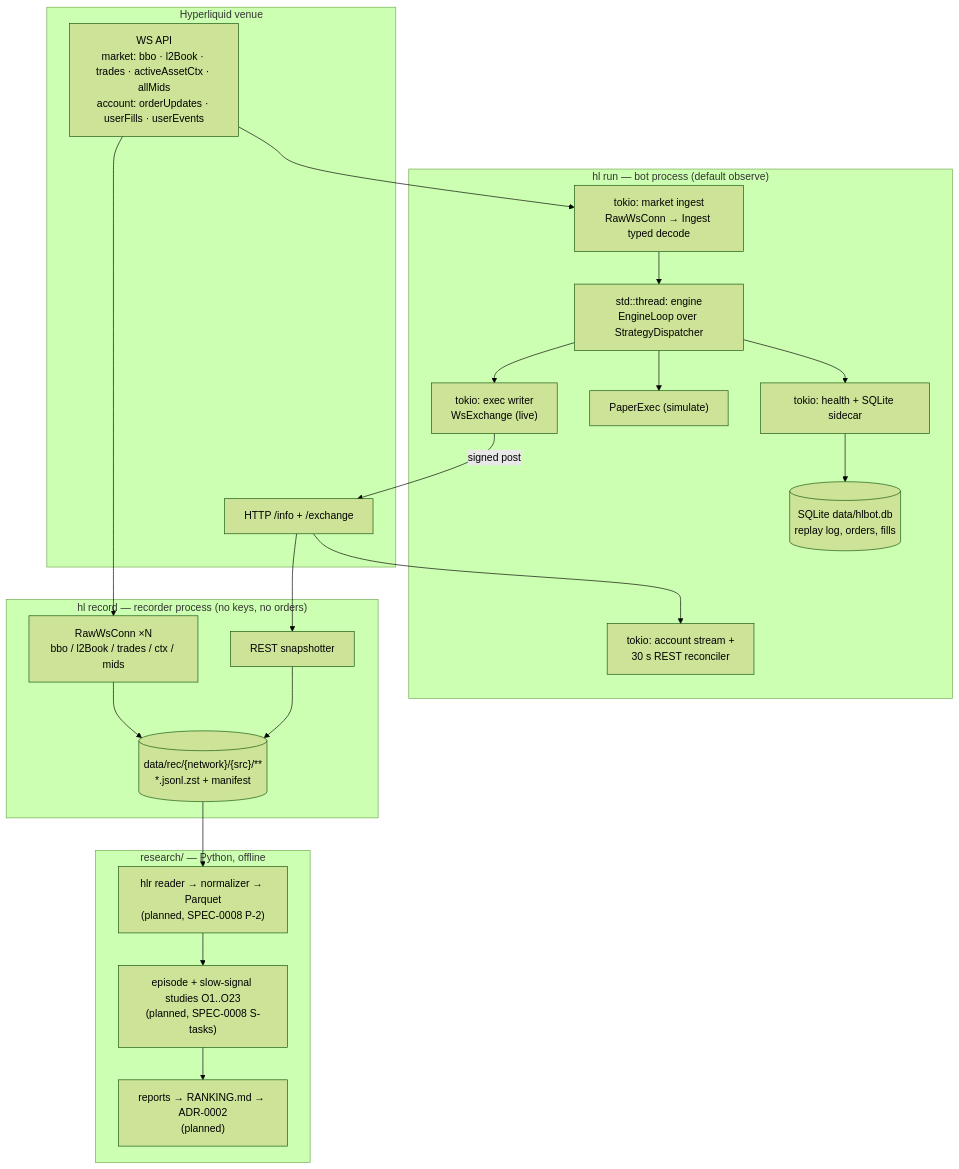
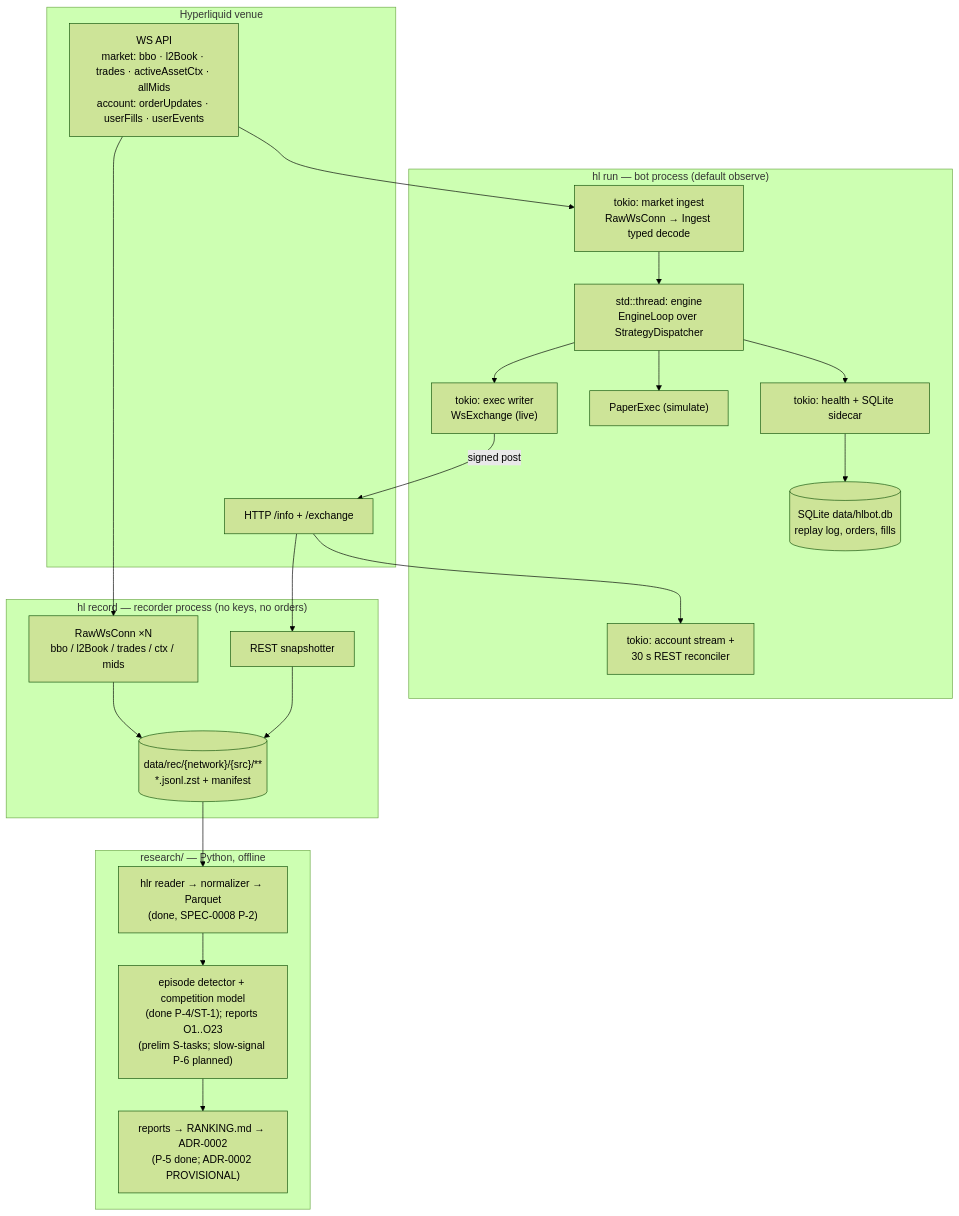
Before and after one commit to garyb9/mev-bot: the first of 4 diagrams in docs/ARCHITECTURE.md, drawn with Mermaid (forest theme). The commit also changed other lines of this file and 9 other files, not shown here.

````diff
--- a/docs/ARCHITECTURE.md
+++ b/docs/ARCHITECTURE.md
@@ -19,43 +19,43 @@
 ```mermaid
 flowchart TB
   subgraph Venue["Hyperliquid venue"]
     HWS["WS API<br/>market: bbo · l2Book · trades · activeAssetCtx · allMids<br/>account: orderUpdates · userFills · userEvents"]
     HREST["HTTP /info + /exchange"]
   end
 
   subgraph Bot["hl run — bot process (default observe)"]
     Ingest["tokio: market ingest<br/>RawWsConn → Ingest typed decode"]
     Engine["std::thread: engine<br/>EngineLoop over StrategyDispatcher"]
     ExecW["tokio: exec writer<br/>WsExchange (live)"]
     Paper["PaperExec (simulate)"]
     Acct["tokio: account stream +<br/>30 s REST reconciler"]
     Side["tokio: health + SQLite sidecar"]
     DB[("SQLite data/hlbot.db<br/>replay log, orders, fills")]
   end
 
   subgraph Rec["hl record — recorder process (no keys, no orders)"]
     RWS["RawWsConn ×N<br/>bbo / l2Book / trades / ctx / mids"]
     RRest["REST snapshotter"]
     Seg[("data/rec/{network}/{src}/**<br/>*.jsonl.zst + manifest")]
   end
 
   subgraph Res["research/ — Python, offline"]
-    Hlr["hlr reader → normalizer → Parquet<br/>(planned, SPEC-0008 P-2)"]
-    Studies["episode + slow-signal studies O1..O23<br/>(planned, SPEC-0008 S-tasks)"]
-    Rank["reports → RANKING.md → ADR-0002<br/>(planned)"]
+    Hlr["hlr reader → normalizer → Parquet<br/>(done, SPEC-0008 P-2)"]
+    Studies["episode detector + competition model<br/>(done P-4/ST-1); reports O1..O23<br/>(prelim S-tasks; slow-signal P-6 planned)"]
+    Rank["reports → RANKING.md → ADR-0002<br/>(P-5 done; ADR-0002 PROVISIONAL)"]
   end
 
   HWS --> Ingest
   HWS --> RWS
   HREST --> Acct
   HREST --> RRest
   Ingest --> Engine
   Engine --> ExecW
   Engine --> Paper
   Engine --> Side
   Side --> DB
   ExecW -->|"signed post"| HREST
   RWS --> Seg
   RRest --> Seg
   Seg --> Hlr --> Studies --> Rank
 ```
````
